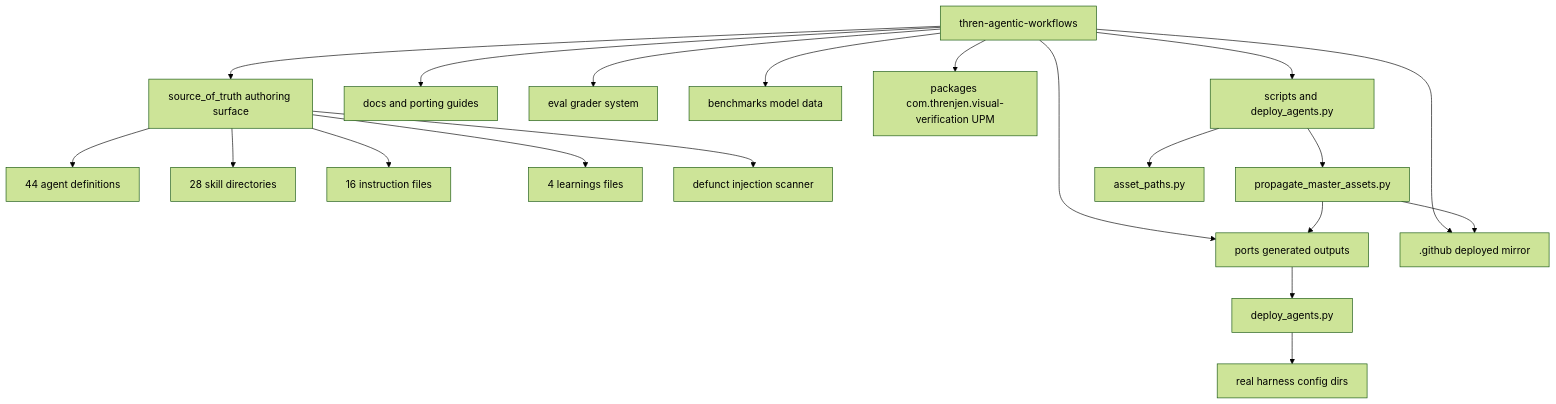
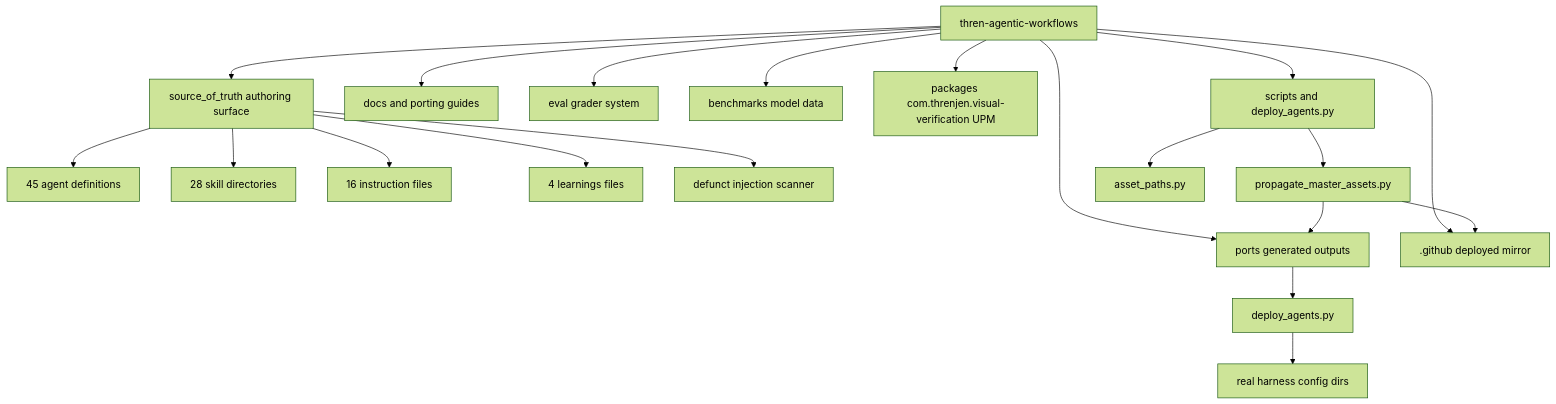
Before and after one commit to threnjen/thren-agentic-workflows: the first of 4 diagrams in docs/ARCHITECTURE.md, drawn with Mermaid (forest theme). The commit also changed other lines of this file and 6 other files, not shown here.

````diff
--- a/docs/ARCHITECTURE.md
+++ b/docs/ARCHITECTURE.md
@@ -23,26 +23,26 @@
 ```mermaid
 flowchart TD
     Root[thren-agentic-workflows]
 
     Root --> SOT[source_of_truth authoring surface]
     Root --> Ports[ports generated outputs]
     Root --> DotGithub[.github deployed mirror]
     Root --> Docs[docs and porting guides]
     Root --> Eval[eval grader system]
     Root --> Bench[benchmarks model data]
     Root --> Pkg[packages com.threnjen.visual-verification UPM]
     Root --> Scripts[scripts and deploy_agents.py]
 
-    SOT --> Agents[44 agent definitions]
+    SOT --> Agents[45 agent definitions]
     SOT --> Skills[28 skill directories]
     SOT --> Instructions[16 instruction files]
     SOT --> Learnings[4 learnings files]
     SOT --> Hooks[defunct injection scanner]
 
     Scripts --> Propagate[propagate_master_assets.py]
     Scripts --> Shared[asset_paths.py]
     Propagate --> Ports
     Propagate --> DotGithub
     Deploy[deploy_agents.py] --> RealDirs[real harness config dirs]
     Ports --> Deploy
 ```
````
